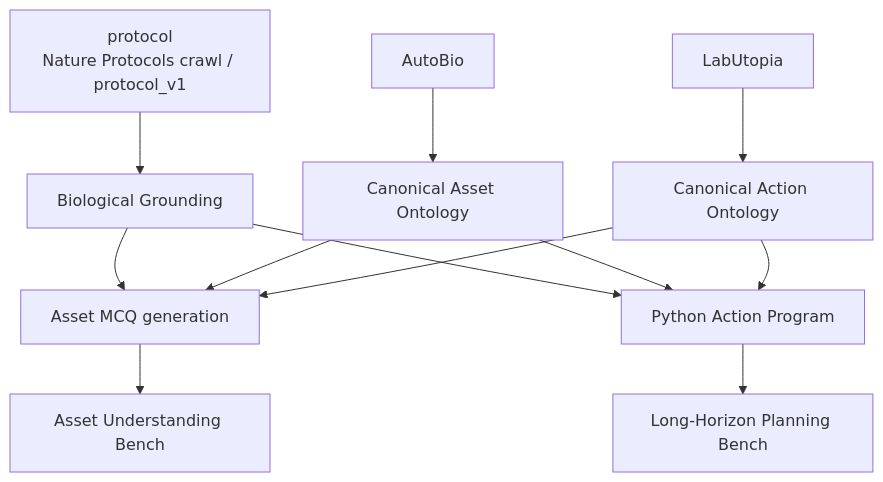
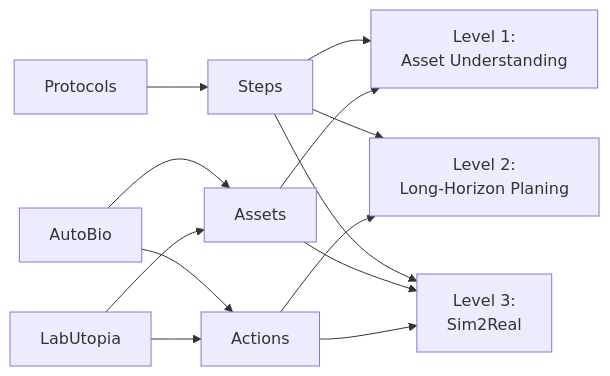
One commit to black-yt/LabOS changed the second of 2 diagrams in README.md. Above: the diagram before and after it, drawn with Mermaid. The commit also changed other lines of this file and 1 other file, not shown here.

Commit message:
Align diagrams and text

````diff
--- a/README.md
+++ b/README.md
@@ -496,14 +496,18 @@
 ```mermaid
-flowchart TD
-    A[protocol<br/>Nature Protocols crawl / protocol_v1] --> B[Biological Grounding]
-    C[AutoBio] --> D[Canonical Asset Ontology]
-    E[LabUtopia] --> F[Canonical Action Ontology]
-    B --> G[Asset MCQ generation]
-    D --> G
-    F --> G
-    B --> H[Python Action Program]
-    D --> H
+flowchart LR
+    A[Protocols] --> D[Steps]
+    B[AutoBio] --> E[Assets]
+    B --> F[Actions]
+    C[LabUtopia] --> E
+    C --> F
+
+    D --> G[Level 1:<br/>Asset Understanding]
+    E --> G
+
+    D --> H[Level 2:<br/>Long-Horizon Planing]
     F --> H
-    G --> I[Asset Understanding Bench]
-    H --> J[Long-Horizon Planning Bench]
+
+    D --> I[Level 3:<br/>Sim2Real]
+    E --> I
+    F --> I
 ```
````
